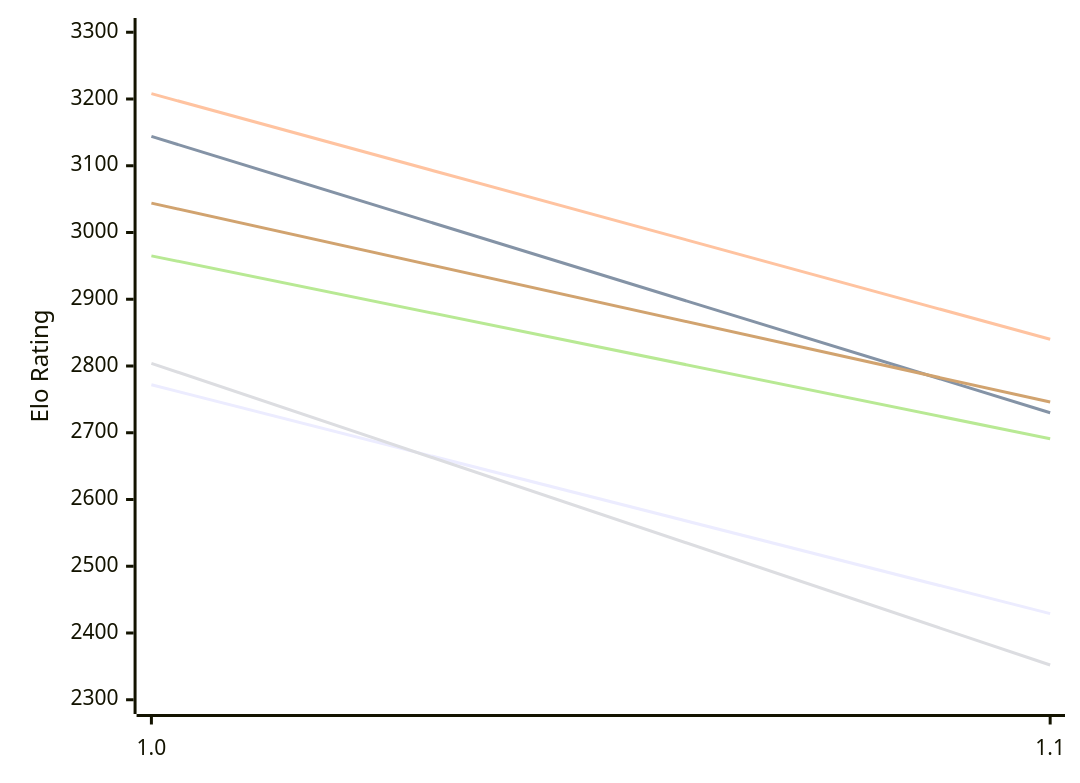
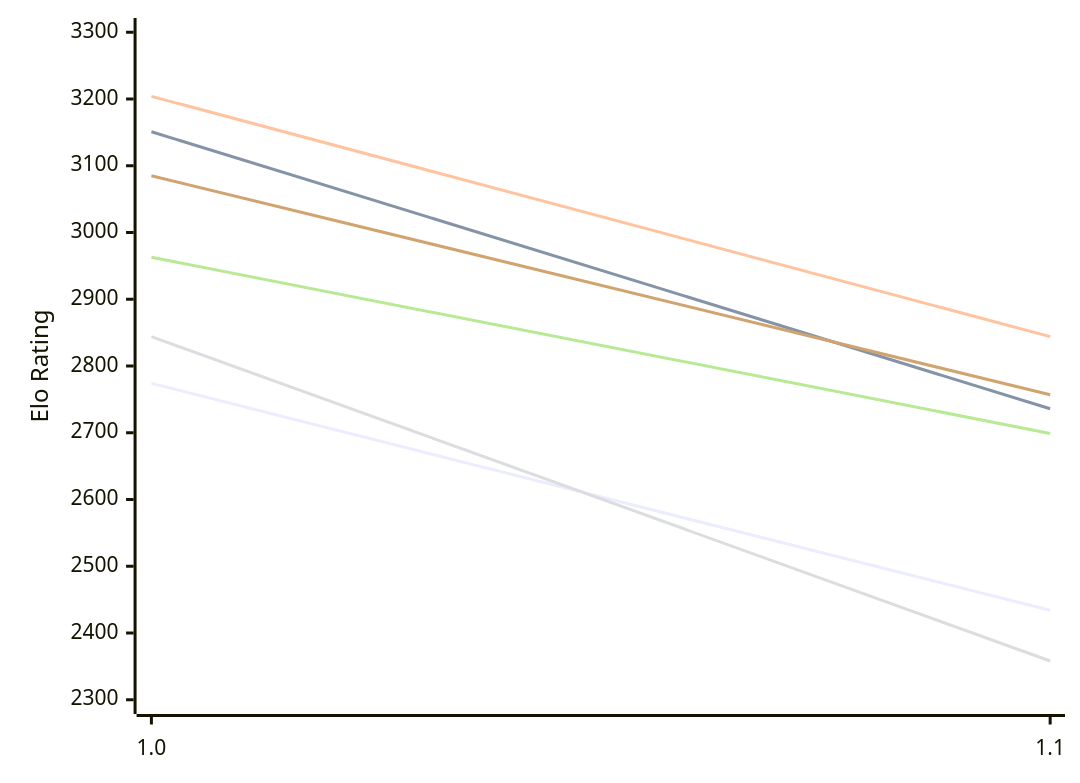
One commit to computer-chess-index/cci changed the first of 2 diagrams in engines/Publius.md. Above: the diagram before and after it, drawn with Mermaid. The commit also changed other lines of this file, not shown here.

Commit message:
Update CCI Ratings (ELO VLTC) - 2026-11-16

````diff
--- a/engines/Publius.md
+++ b/engines/Publius.md
@@ -50,12 +50,12 @@
 ```mermaid
 %%{init: {"theme":"base","themeVariables":{"seriesColors:['#a3a3a3','#222221','#faa371']}}}%%
 xychart-beta
   x-axis ["1.0", "1.1"]
   y-axis "Elo Rating" 2300 --> 3300
-  line "E1: STC (8.0+0.08s)" [2772, 2429]
-  line "E1: LTC (60.0+0.60s)" [3144, 2730]
-  line "E1: VLTC (2m24s+1.12s)" [3208, 2840]
-  line "P1: STC (8.0+0.08s)" [2804, 2352]
-  line "P1: LTC (60.0+0.60s)" [2965, 2691]
-  line "P1: VLTC (2m24s+1.12s)" [3044, 2746]
+  line "E1: STC (8.0+0.08s)" [2774, 2434]
+  line "E1: LTC (60.0+0.60s)" [3151, 2736]
+  line "E1: VLTC (2m24s+1.12s)" [3204, 2844]
+  line "P1: STC (8.0+0.08s)" [2844, 2358]
+  line "P1: LTC (60.0+0.60s)" [2963, 2699]
+  line "P1: VLTC (2m24s+1.12s)" [3085, 2757]
 ```
````
